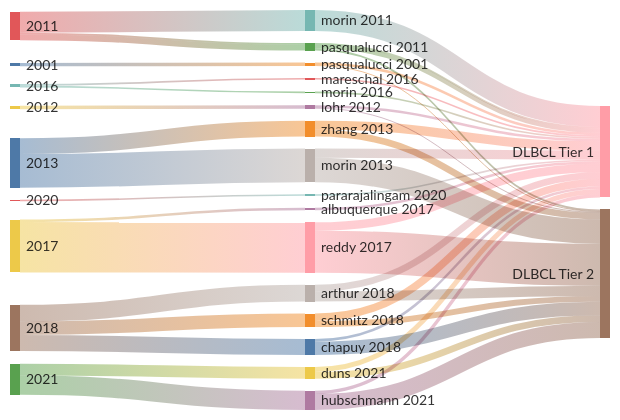
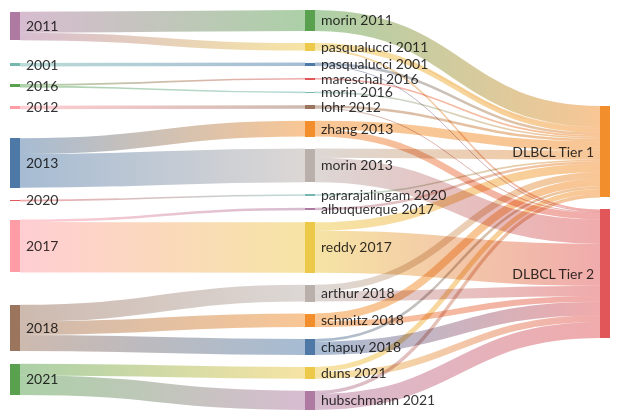
Before and after one commit to morinlab/lymphopedia: the diagram in test_sankey.md, drawn with Mermaid.

Commit message:
Updated test_sankey (markdown)

````diff
--- a/test_sankey.md
+++ b/test_sankey.md
@@ -3,59 +3,66 @@
 ```mermaid
 ---
 config:
   sankey:
     showValues: false
 ---
 sankey-beta
 
+pasqualucci 2001, DLBCL Tier 1, 3
+pasqualucci 2001, DLBCL Tier 2, 1
 2001, pasqualucci 2001, 4
+
+morin 2011, DLBCL Tier 1, 25
+pasqualucci 2011, DLBCL Tier 1, 2
+pasqualucci 2011, DLBCL Tier 1, 5
+pasqualucci 2011, DLBCL Tier 2, 2
+
 2011, morin 2011, 25
 2011, pasqualucci 2011, 2
 2011, pasqualucci 2011, 7
+
 2012, lohr 2012, 4
-pasqualucci 2001, DLBCL Tier 1, 3
-pasqualucci 2001, DLBCL Tier 2, 1
-pasqualucci 2011, DLBCL Tier 1, 2
-pasqualucci 2011, DLBCL Tier 1, 5
-pasqualucci 2011, DLBCL Tier 2, 2
 lohr 2012, DLBCL Tier 1, 3
 lohr 2012, DLBCL Tier 2, 1
-morin 2011, DLBCL Tier 1, 25
+
 morin 2013, DLBCL Tier 1, 11
 morin 2013, DLBCL Tier 2, 29
 2013, morin 2013, 40
 2013, zhang 2013, 19
 zhang 2013, DLBCL Tier 1, 11
 zhang 2013, DLBCL Tier 2, 8
 
 
 mareschal 2016, DLBCL Tier 1, 2
+morin 2016, DLBCL Tier 1, 2
 2016, mareschal 2016, 2
 2016, morin 2016, 2
+
+reddy 2017, DLBCL Tier 1, 10
+reddy 2017, DLBCL Tier 2, 50
+albuquerque 2017, DLBCL Tier 1, 3
 2017, albuquerque 2017, 3
 2017, reddy 2017, 60
+
 2018, arthur 2018, 20
 2018, chapuy 2018, 19
 2018, schmitz 2018, 16
-2020, pararajalingam 2020, 2
-2021, duns 2021, 14
-2021, hubschmann 2021, 23
-
-morin 2016, DLBCL Tier 1, 2
-pararajalingam 2020, DLBCL Tier 1, 2
-
-albuquerque 2017, DLBCL Tier 1, 3
+schmitz 2018, DLBCL Tier 1, 9
+schmitz 2018, DLBCL Tier 2, 7
 arthur 2018, DLBCL Tier 1, 8
 arthur 2018, DLBCL Tier 2, 12
 chapuy 2018, DLBCL Tier 1, 3
 chapuy 2018, DLBCL Tier 2, 16
+2020, pararajalingam 2020, 2
+pararajalingam 2020, DLBCL Tier 1, 2
+
+2021, duns 2021, 14
+2021, hubschmann 2021, 23
 duns 2021, DLBCL Tier 1, 6
 duns 2021, DLBCL Tier 2, 8
 hubschmann 2021, DLBCL Tier 1, 4
 hubschmann 2021, DLBCL Tier 2, 19
-reddy 2017, DLBCL Tier 1, 10
-reddy 2017, DLBCL Tier 2, 50
-schmitz 2018, DLBCL Tier 1, 9
-schmitz 2018, DLBCL Tier 2, 7
+
+
 
 ```
````
